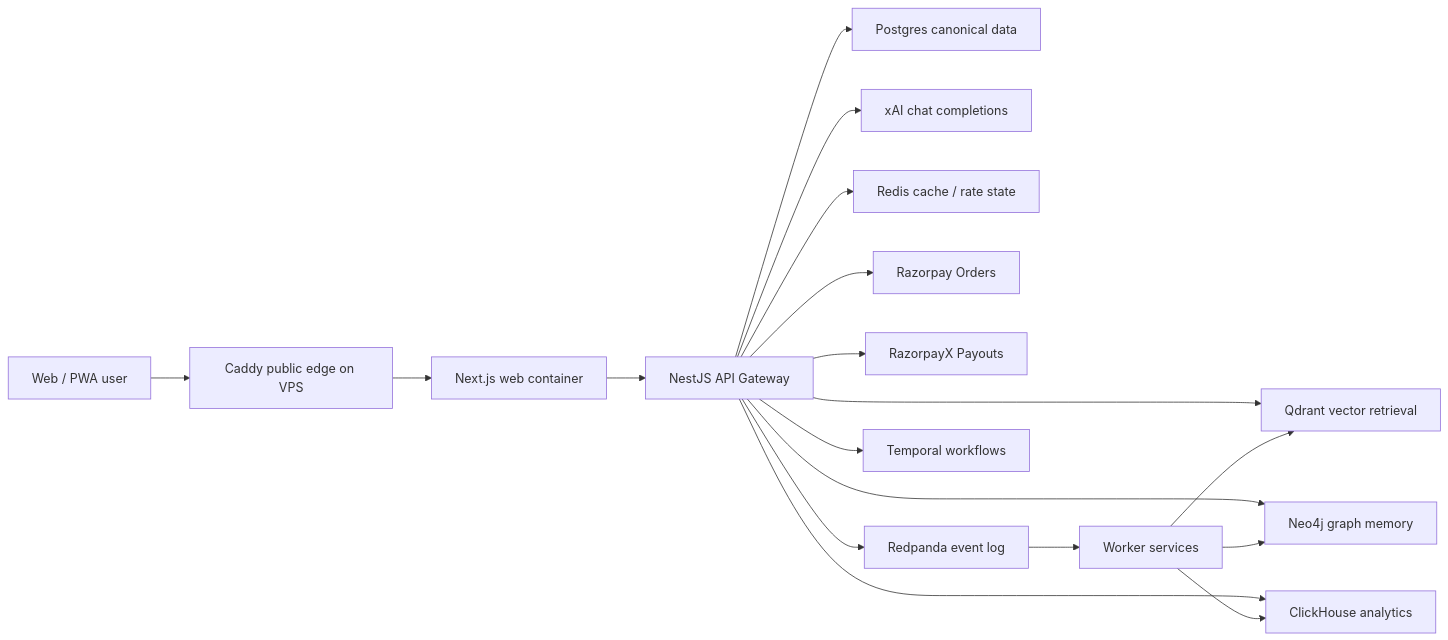
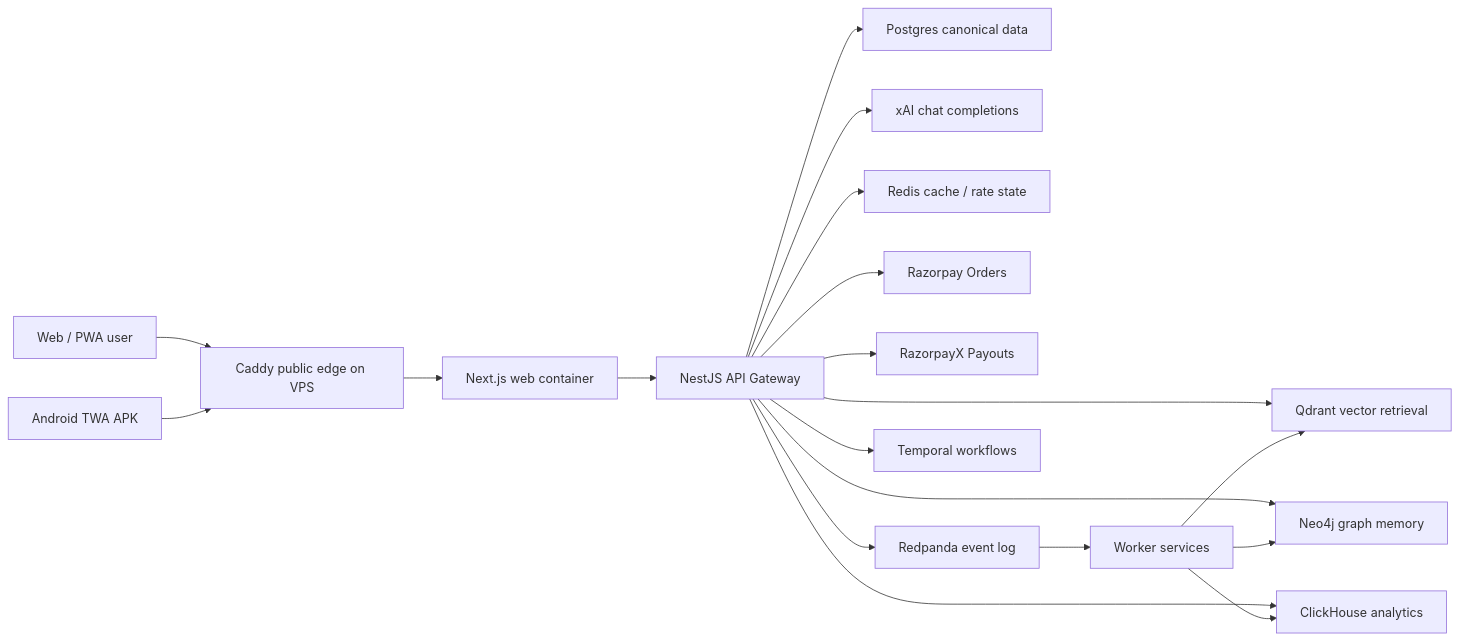
The first of 3 diagrams in docs/architecture.md (Afnanksalal/hana-chat), drawn with Mermaid before and after one commit. The commit also changed other lines of this file and 56 other files, not shown here.

Commit message:
feat: add Android TWA packaging

````diff
--- a/docs/architecture.md
+++ b/docs/architecture.md
@@ -7,20 +7,21 @@
 ```mermaid
 flowchart LR
   User["Web / PWA user"] --> Caddy["Caddy public edge on VPS"]
+  Android["Android TWA APK"] --> Caddy
   Caddy --> Web["Next.js web container"]
   Web --> Gateway["NestJS API Gateway"]
   Gateway --> Postgres["Postgres canonical data"]
   Gateway --> Qdrant["Qdrant vector retrieval"]
   Gateway --> Xai["xAI chat completions"]
   Gateway --> Redis["Redis cache / rate state"]
   Gateway --> Razorpay["Razorpay Orders"]
   Gateway --> RazorpayX["RazorpayX Payouts"]
   Gateway --> Redpanda["Redpanda event log"]
   Gateway --> Temporal["Temporal workflows"]
   Gateway --> ClickHouse["ClickHouse analytics"]
   Gateway --> Neo4j["Neo4j graph memory"]
   Redpanda --> Workers["Worker services"]
   Workers --> Qdrant
   Workers --> Neo4j
   Workers --> ClickHouse
 ```
````
